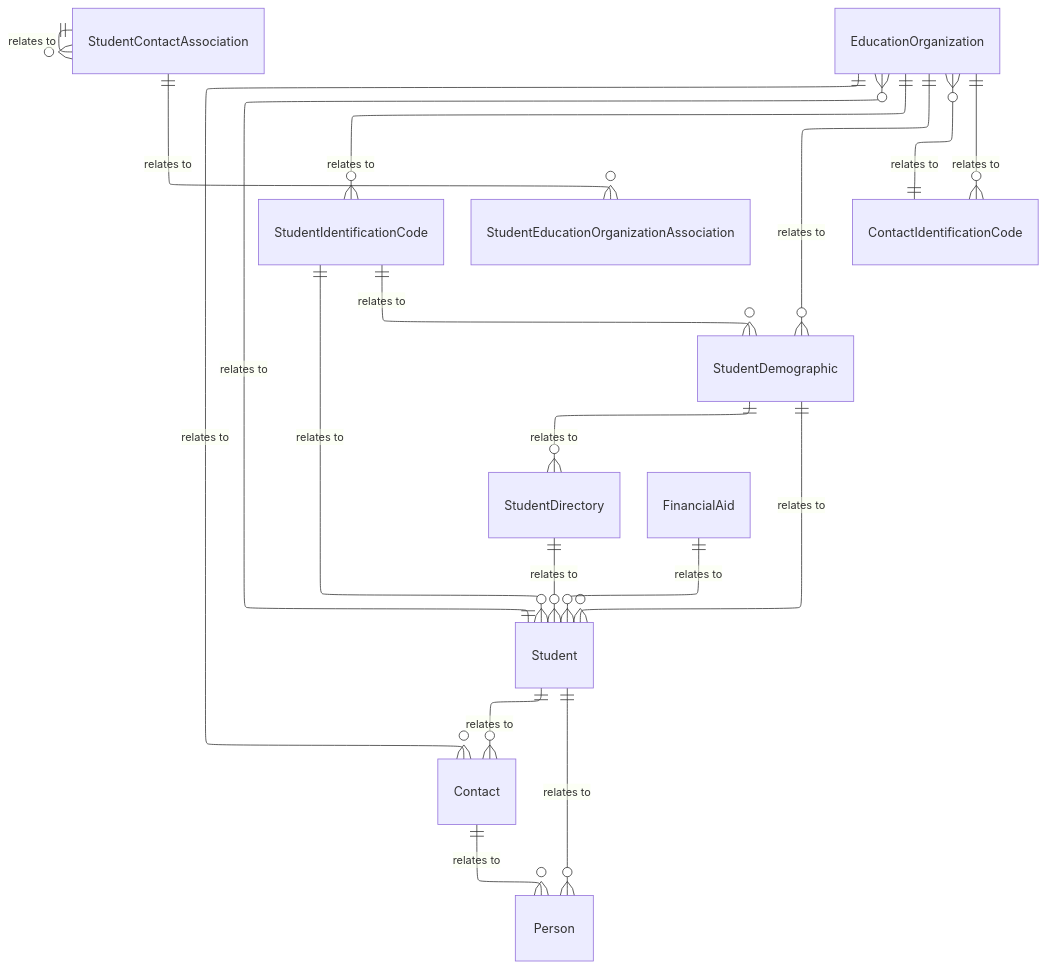
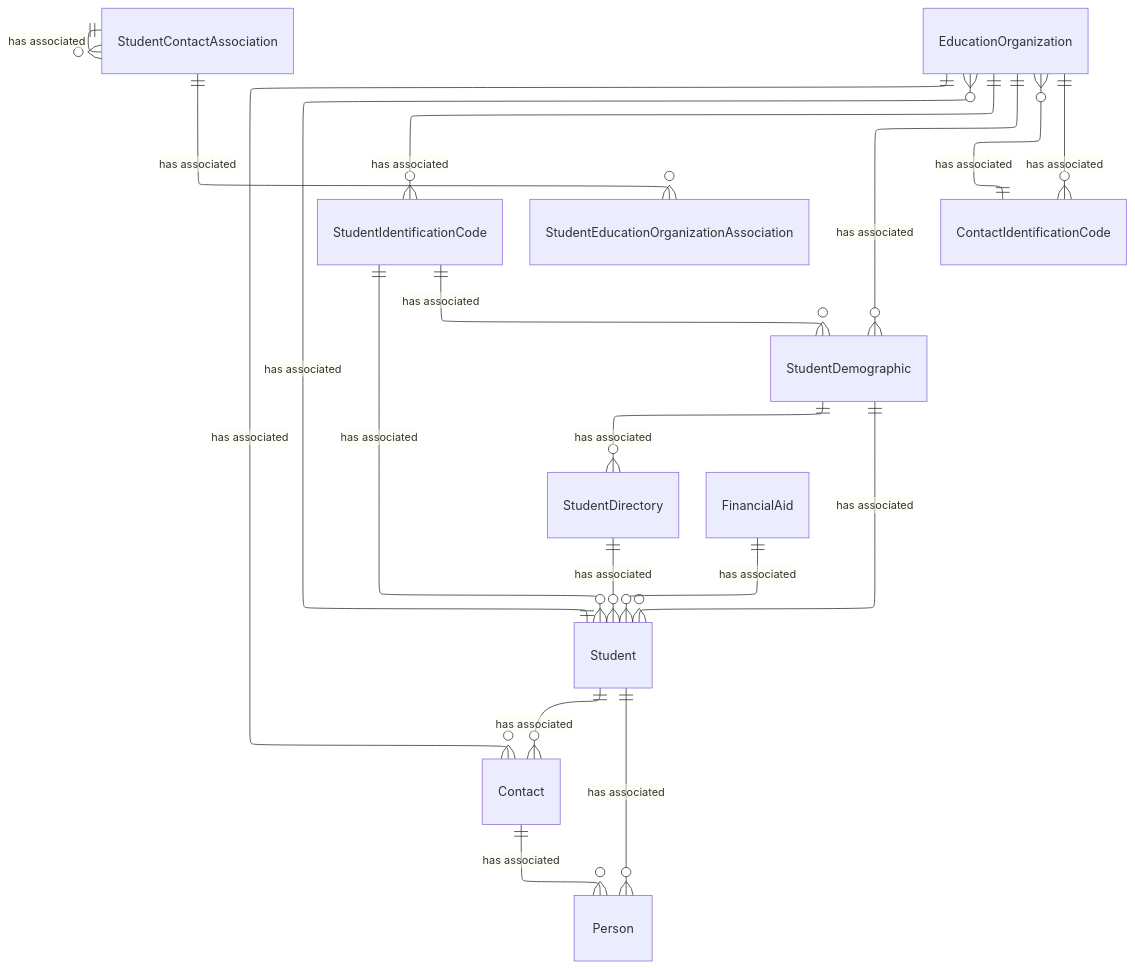
The diagram in dataStandard_versioned_docs/version-6/model-reference/student-identification-and-demographics-domain/model-diagrams.md (Ed-Fi-Alliance-OSS/ed-fi-alliance-oss.github.io), drawn with Mermaid before and after one commit. The commit also changed 24 other files, not shown here.

````diff
--- a/dataStandard_versioned_docs/version-6/model-reference/student-identification-and-demographics-domain/model-diagrams.md
+++ b/dataStandard_versioned_docs/version-6/model-reference/student-identification-and-demographics-domain/model-diagrams.md
@@ -10,46 +10,46 @@
 ```mermaid
 ---
 config:
   layout: elk
 ---
 erDiagram
     Student {
     }
     StudentIdentificationCode {
     }
     StudentDirectory {
     }
     StudentDemographic {
     }
     StudentEducationOrganizationAssociation {
     }
     StudentContactAssociation {
     }
     Contact {
     }
     ContactIdentificationCode {
     }
     FinancialAid {
     }
     Person {
     }
     EducationOrganization {
     }
-    Student ||--o{ Contact : "relates to"
-    Student ||--o{ EducationOrganization : "relates to"
-    Student ||--o{ Person : "relates to"
-    StudentContactAssociation ||--o{ StudentContactAssociation : "relates to"
-    StudentContactAssociation ||--o{ StudentEducationOrganizationAssociation : "relates to"
-    StudentIdentificationCode ||--o{ Student : "relates to"
-    StudentIdentificationCode ||--o{ StudentDemographic : "relates to"
-    StudentDemographic ||--o{ Student : "relates to"
-    StudentDemographic ||--o{ StudentDirectory : "relates to"
-    StudentDirectory ||--o{ Student : "relates to"
-    EducationOrganization ||--o{ StudentDemographic : "relates to"
-    EducationOrganization ||--o{ StudentIdentificationCode : "relates to"
-    EducationOrganization ||--o{ Contact : "relates to"
-    EducationOrganization ||--o{ ContactIdentificationCode : "relates to"
-    ContactIdentificationCode ||--o{ EducationOrganization : "relates to"
-    Contact ||--o{ Person : "relates to"
-    FinancialAid ||--o{ Student : "relates to"
+    Student ||--o{ Contact : "has associated"
+    Student ||--o{ EducationOrganization : "has associated"
+    Student ||--o{ Person : "has associated"
+    StudentContactAssociation ||--o{ StudentContactAssociation : "has associated"
+    StudentContactAssociation ||--o{ StudentEducationOrganizationAssociation : "has associated"
+    StudentIdentificationCode ||--o{ Student : "has associated"
+    StudentIdentificationCode ||--o{ StudentDemographic : "has associated"
+    StudentDemographic ||--o{ Student : "has associated"
+    StudentDemographic ||--o{ StudentDirectory : "has associated"
+    StudentDirectory ||--o{ Student : "has associated"
+    EducationOrganization ||--o{ StudentDemographic : "has associated"
+    EducationOrganization ||--o{ StudentIdentificationCode : "has associated"
+    EducationOrganization ||--o{ Contact : "has associated"
+    EducationOrganization ||--o{ ContactIdentificationCode : "has associated"
+    ContactIdentificationCode ||--o{ EducationOrganization : "has associated"
+    Contact ||--o{ Person : "has associated"
+    FinancialAid ||--o{ Student : "has associated"
 ```
````
